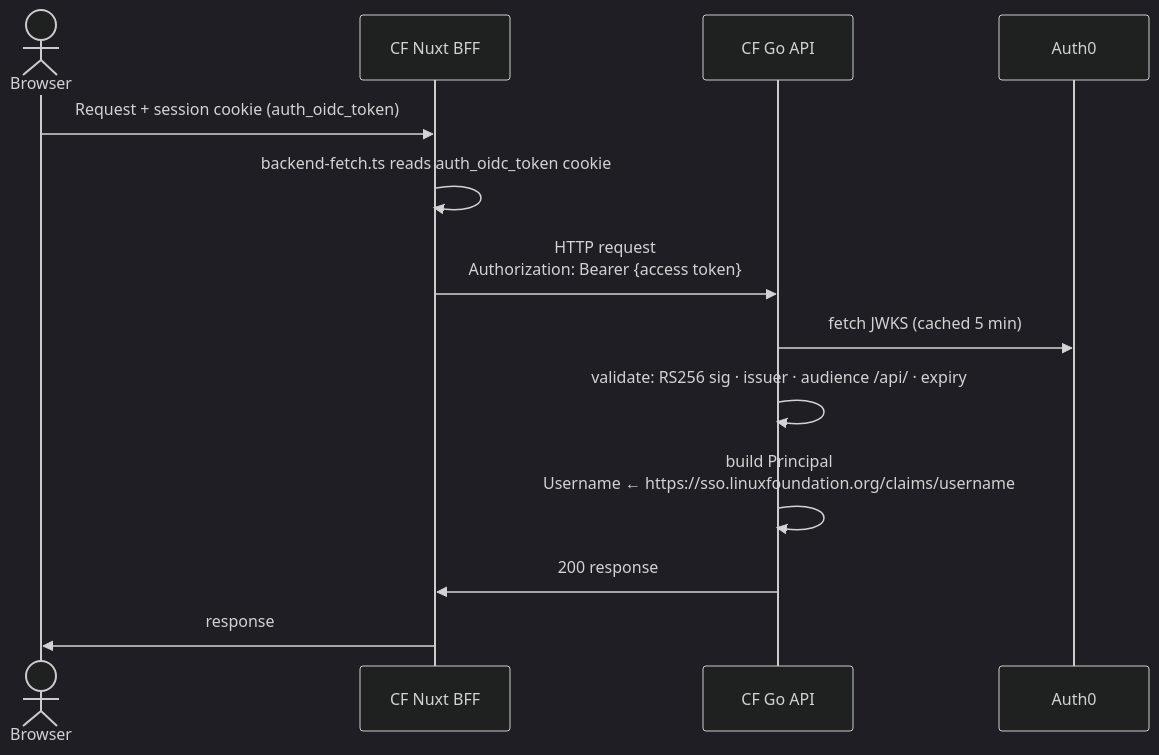
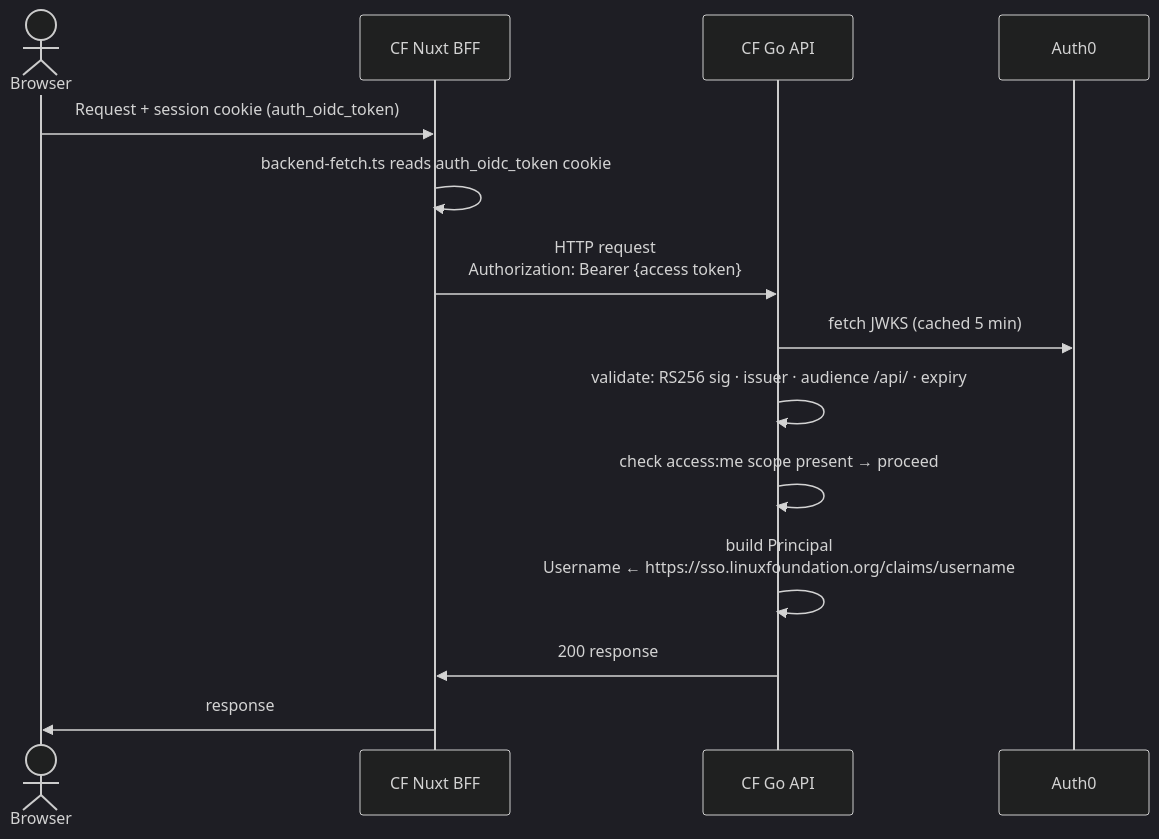
One commit to linuxfoundation/lfx-crowdfunding changed the fourth of 9 diagrams in backend/docs/rewrite/09-authentication-architecture.md. Above: the diagram before and after it, drawn with Mermaid (dark theme). The commit also changed other lines of this file, not shown here.

First line of the commit message:
docs(auth): redesign authentication architecture with dual-scope model

````diff
--- a/backend/docs/rewrite/09-authentication-architecture.md
+++ b/backend/docs/rewrite/09-authentication-architecture.md
@@ -102,16 +124,17 @@
 ```mermaid
 sequenceDiagram
     actor User as Browser
     participant BFF as CF Nuxt BFF
     participant API as CF Go API
     participant Auth0
 
     User->>BFF: Request + session cookie (auth_oidc_token)
     BFF->>BFF: backend-fetch.ts reads auth_oidc_token cookie
     BFF->>API: HTTP request<br/>Authorization: Bearer {access token}
     API->>Auth0: fetch JWKS (cached 5 min)
     API->>API: validate: RS256 sig · issuer · audience /api/ · expiry
+    API->>API: check access:me scope present → proceed
     API->>API: build Principal<br/>Username ← https://sso.linuxfoundation.org/claims/username
     API->>BFF: 200 response
     BFF->>User: response
 ```
````
